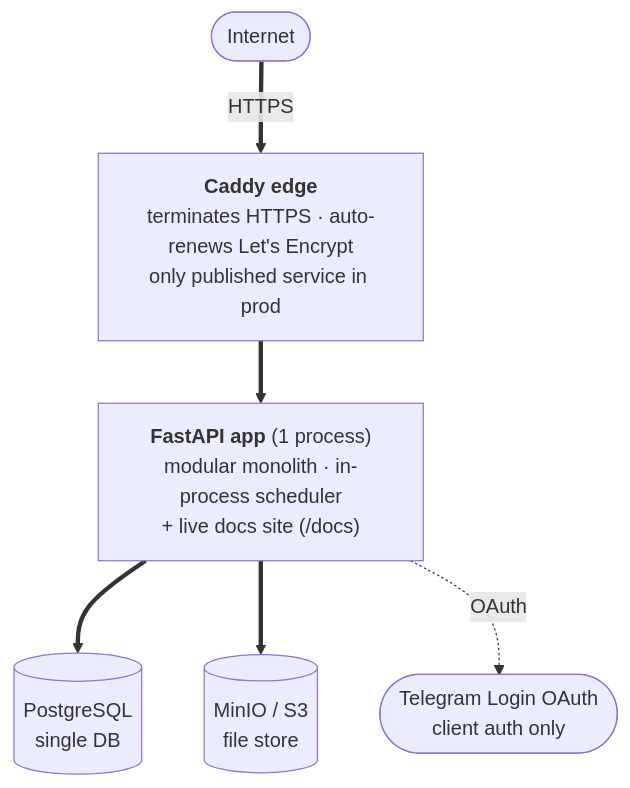
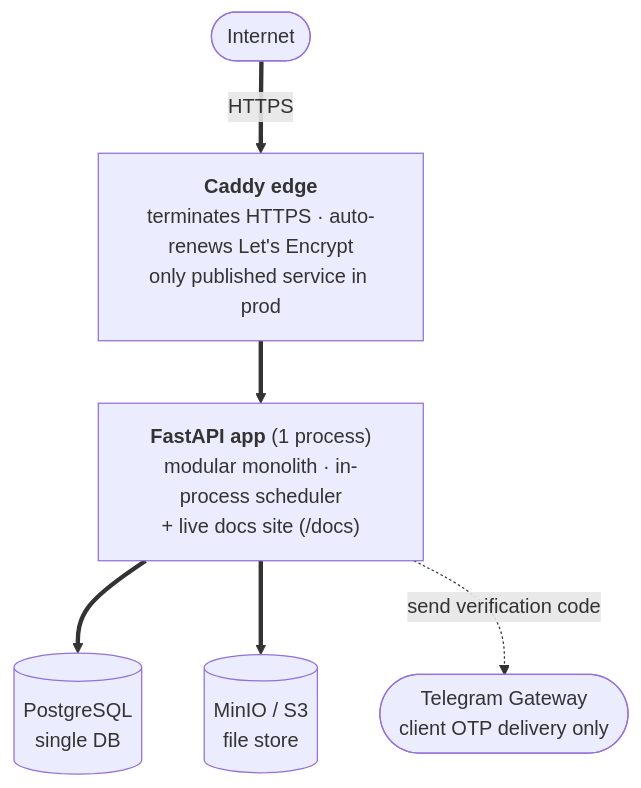
The diagram in docs/architecture.md (qadam-uz/mebel-pro), drawn with Mermaid before and after one commit. The commit also changed other lines of this file and 76 other files, not shown here.

````diff
--- a/docs/architecture.md
+++ b/docs/architecture.md
@@ -45,15 +45,15 @@
 ```mermaid
 flowchart TD
     Net([Internet])
     Edge["<b>Caddy edge</b><br/>terminates HTTPS · auto-renews Let's Encrypt<br/>only published service in prod"]
     App["<b>FastAPI app</b> (1 process)<br/>modular monolith · in-process scheduler<br/>+ live docs site (/docs)"]
     DB[("PostgreSQL<br/>single DB")]
     Files[("MinIO / S3<br/>file store")]
-    TG([Telegram Login OAuth<br/>client auth only])
+    TG([Telegram Gateway<br/>client OTP delivery only])
 
     Net ==>|HTTPS| Edge
     Edge ==> App
     App ==> DB
     App ==> Files
-    App -.->|OAuth| TG
+    App -.->|send verification code| TG
 ```
````
